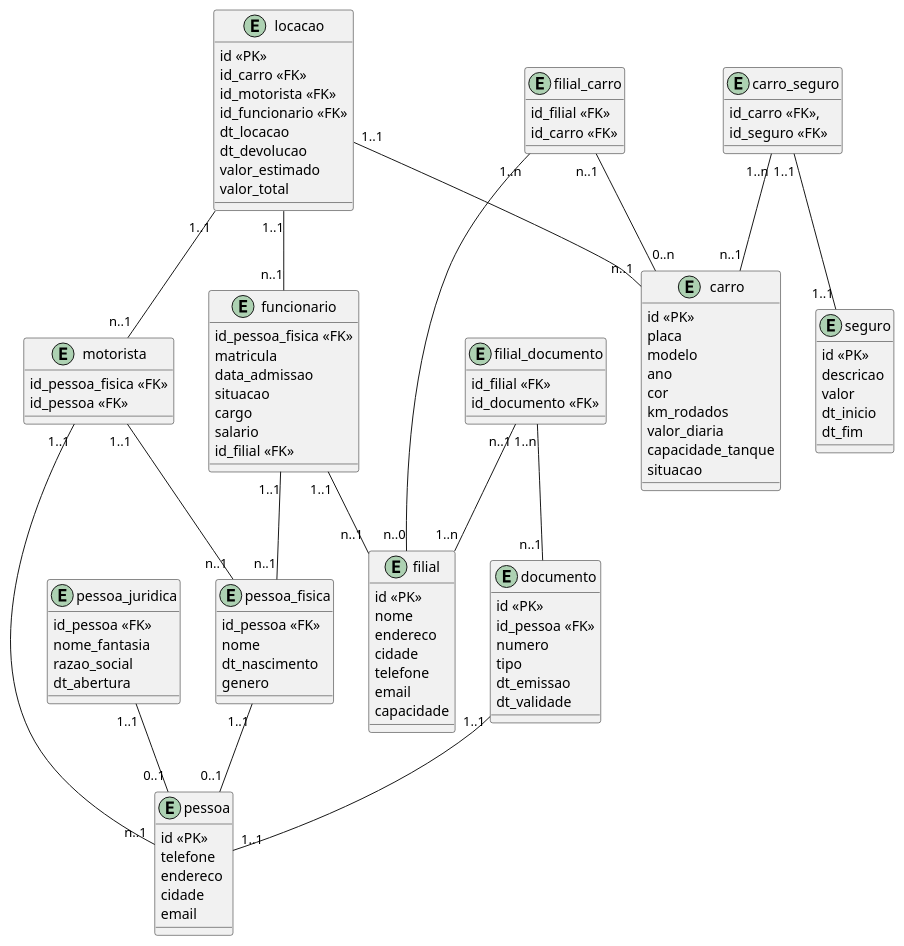
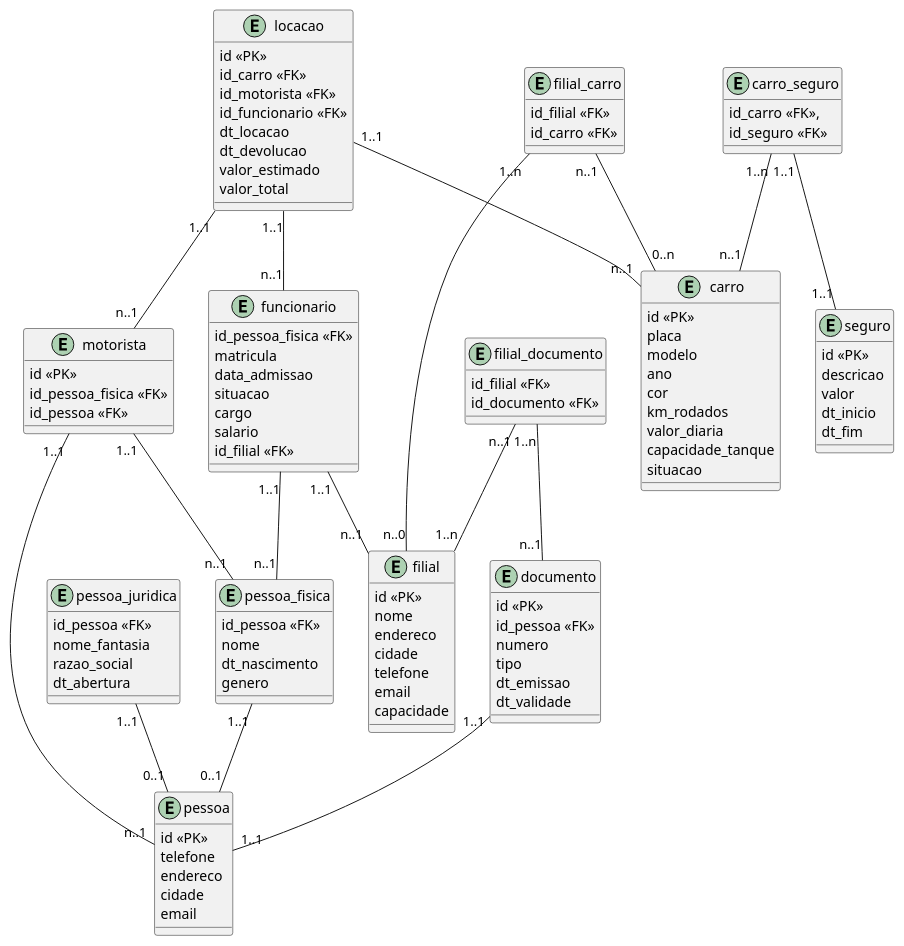
Before and after one commit to Berjooj/bd_proj_locacao_veiculos: the diagram in veiculos.plantuml, drawn with PlantUML. The commit also changed 4 other files, not shown here.

```diff
--- a/veiculos.plantuml
+++ b/veiculos.plantuml
@@ -1,129 +1,130 @@
 @startuml LocacaoCarros
 
 entity documento{
     id <<PK>>
     id_pessoa <<FK>>
     numero
     tipo
     dt_emissao
     dt_validade
 }
 
 entity pessoa {
     id <<PK>>
     telefone
     endereco
     cidade
     email
 }
 
 entity pessoa_fisica {
     id_pessoa <<FK>>
     nome
     dt_nascimento
     genero
 }
 
 entity pessoa_juridica {
     id_pessoa <<FK>>
     nome_fantasia
     razao_social
     dt_abertura
 }
 
 entity motorista {
+    id <<PK>>
     id_pessoa_fisica <<FK>>
     id_pessoa <<FK>>
 }
 
 entity carro {
     id <<PK>>
     placa
     modelo
     ano
     cor
     km_rodados
     valor_diaria
     capacidade_tanque
     situacao
 }
 
 entity locacao {
     id <<PK>>
     id_carro <<FK>>
     id_motorista <<FK>>
     id_funcionario <<FK>>
     dt_locacao
     dt_devolucao
     valor_estimado
     valor_total
 }
 
 entity filial {
     id <<PK>>
     nome
     endereco
     cidade
     telefone
     email
     capacidade
 }
 
 entity funcionario {
     id_pessoa_fisica <<FK>>
     matricula
     data_admissao
     situacao
     cargo
     salario
     id_filial <<FK>>
 }
 
 entity filial_carro {
     id_filial <<FK>>
     id_carro <<FK>>
 }
 
 entity filial_documento {
     id_filial <<FK>>
     id_documento <<FK>>
 }
 
 entity seguro {
     id <<PK>>
     descricao
     valor
     dt_inicio
     dt_fim
 }
 
 entity carro_seguro {
     id_carro <<FK>>,
     id_seguro <<FK>>
 }
 
 carro_seguro "1..1" -- "1..1" seguro
 carro_seguro "1..n" -- "n..1" carro
 
 filial_carro "1..n" -- "n..0" filial
 filial_carro "n..1" -- "0..n" carro
 
 filial_documento "n..1" -- "1..n" filial
 filial_documento "1..n" -- "n..1" documento
 
 pessoa_fisica "1..1" -- "0..1" pessoa
 pessoa_juridica "1..1" -- "0..1" pessoa
 
 motorista "1..1" -- "n..1" pessoa
 motorista "1..1" -- "n..1" pessoa_fisica
 
 funcionario "1..1" -- "n..1" pessoa_fisica
 funcionario "1..1" -- "n..1" filial
 
 locacao "1..1" -- "n..1" carro
 locacao "1..1" -- "n..1" motorista
 locacao "1..1" -- "n..1" funcionario
 
 documento "1..1" -- "1..1" pessoa
 
 @enduml
```
